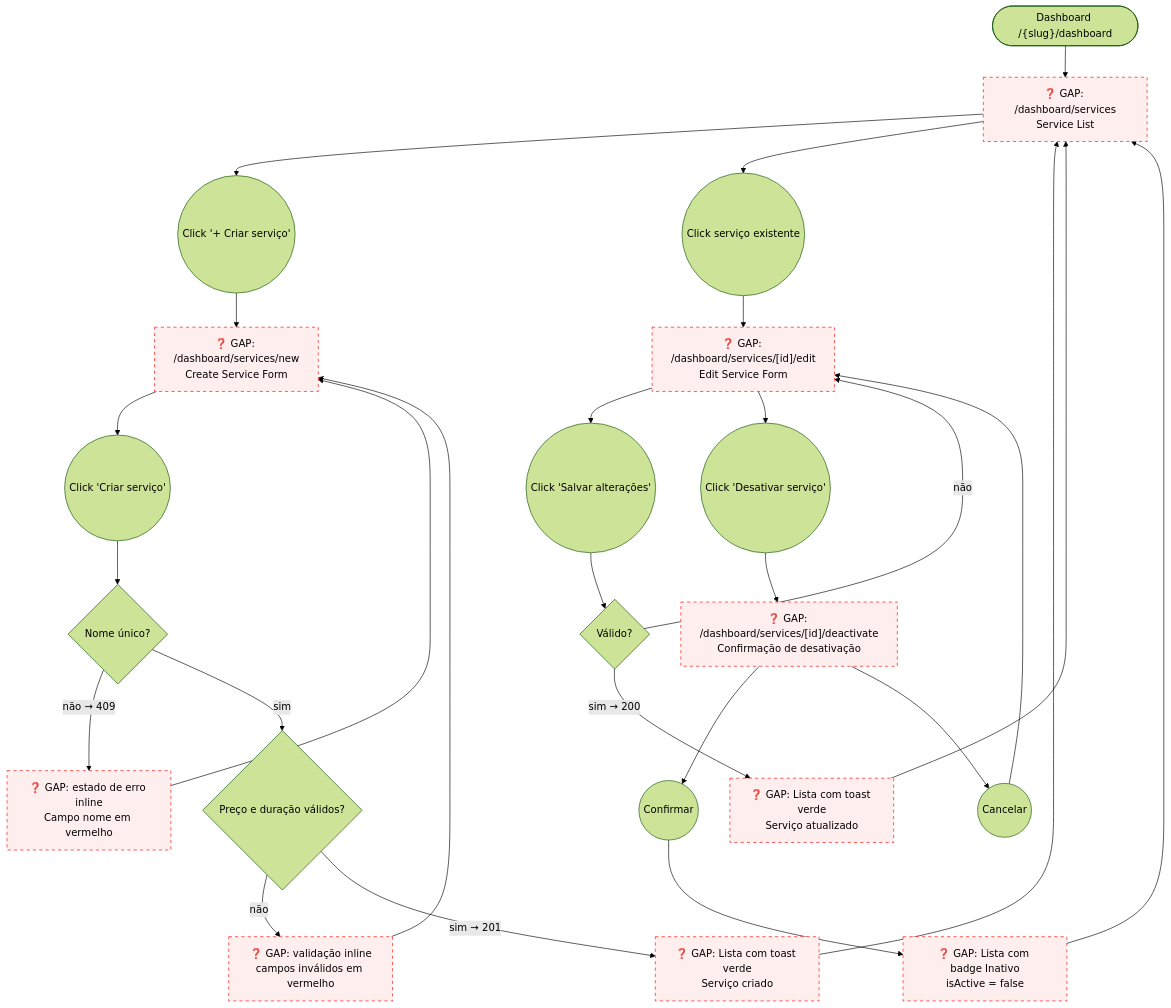
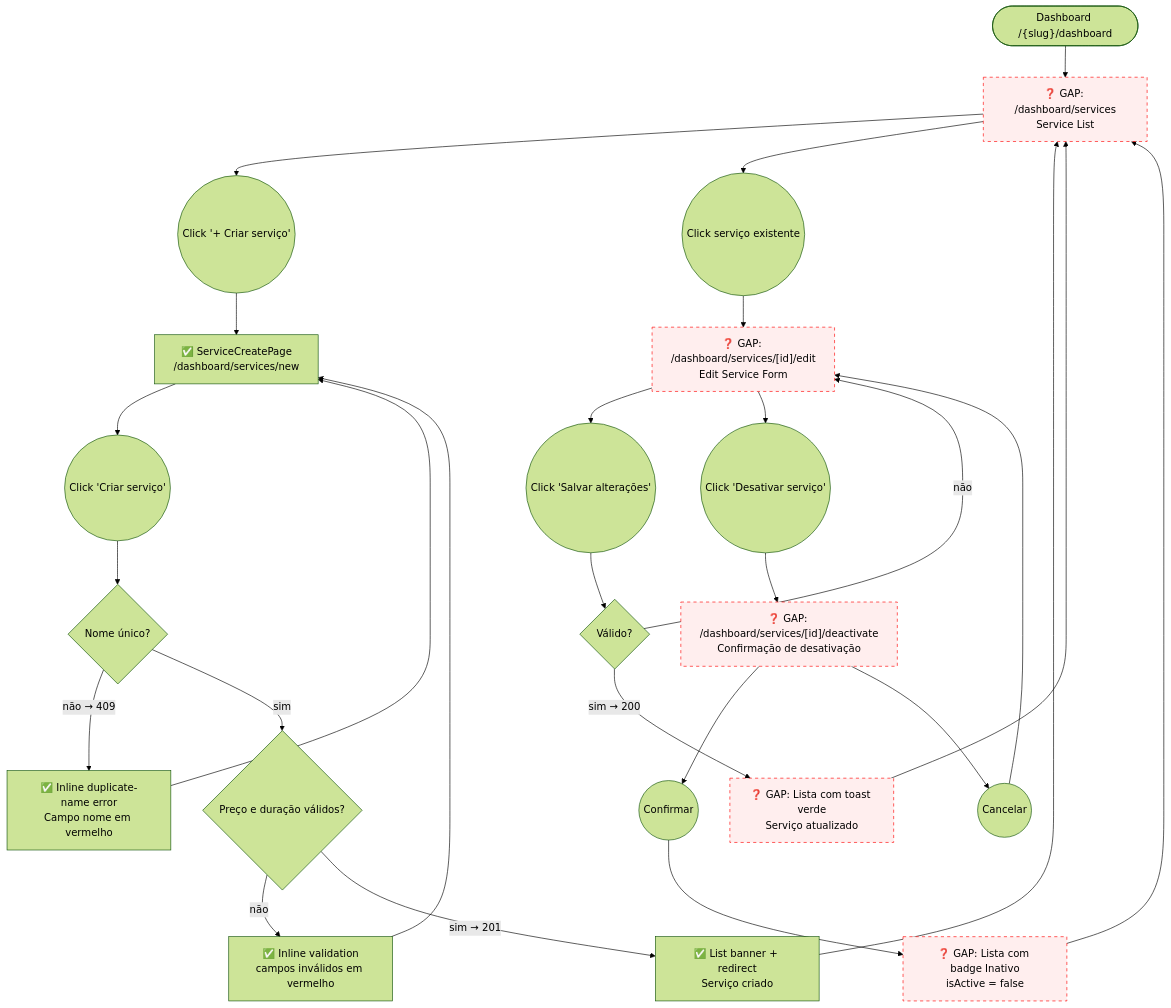
Before and after one commit to lmmoreira/ikaro: the diagram in plan/journey/staff/servicos.md, drawn with Mermaid (forest theme). The commit also changed other lines of this file and 59 other files, not shown here.

First line of the commit message:
feat(services): complete service CRUD workflow and e2e coverage (M13-S23) (#73)

````diff
--- a/plan/journey/staff/servicos.md
+++ b/plan/journey/staff/servicos.md
@@ -10,41 +10,41 @@
 ```mermaid
 flowchart TD
     classDef existing fill:#e6ffe6,stroke:#3a3
     classDef gap stroke:#f00,stroke-dasharray: 5 5,fill:#fee
 
     Start(["Dashboard /{slug}/dashboard"]) --> List["❓ GAP: /dashboard/services<br/>Service List"]
 
     List --> CreateBtn(("Click '+ Criar serviço'"))
     List --> EditClick(("Click serviço existente"))
 
     %% UC-012 — Create
-    CreateBtn --> CreateForm["❓ GAP: /dashboard/services/new<br/>Create Service Form"]
+    CreateBtn --> CreateForm["✅ ServiceCreatePage<br/>/dashboard/services/new"]
     CreateForm --> CreateSubmit(("Click 'Criar serviço'"))
     CreateSubmit --> NameCheck{"Nome único?"}
-    NameCheck -- "não → 409" --> NameError["❓ GAP: estado de erro inline<br/>Campo nome em vermelho"]
+    NameCheck -- "não → 409" --> NameError["✅ Inline duplicate-name error<br/>Campo nome em vermelho"]
     NameError --> CreateForm
     NameCheck -- "sim" --> PriceCheck{"Preço e duração válidos?"}
-    PriceCheck -- "não" --> ValError["❓ GAP: validação inline<br/>campos inválidos em vermelho"]
+    PriceCheck -- "não" --> ValError["✅ Inline validation<br/>campos inválidos em vermelho"]
     ValError --> CreateForm
-    PriceCheck -- "sim → 201" --> CreateSuccess["❓ GAP: Lista com toast verde<br/>Serviço criado"]
+    PriceCheck -- "sim → 201" --> CreateSuccess["✅ List banner + redirect<br/>Serviço criado"]
 
     %% UC-013 — Edit
     EditClick --> EditForm["❓ GAP: /dashboard/services/[id]/edit<br/>Edit Service Form"]
     EditForm --> EditSubmit(("Click 'Salvar alterações'"))
     EditSubmit --> EditCheck{"Válido?"}
     EditCheck -- "não" --> EditForm
     EditCheck -- "sim → 200" --> EditSuccess["❓ GAP: Lista com toast verde<br/>Serviço atualizado"]
 
     EditForm --> DeactivateBtn(("Click 'Desativar serviço'"))
     DeactivateBtn --> DeactivateConfirm["❓ GAP: /dashboard/services/[id]/deactivate<br/>Confirmação de desativação"]
     DeactivateConfirm --> ConfirmYes(("Confirmar"))
     DeactivateConfirm --> ConfirmNo(("Cancelar"))
     ConfirmYes --> DeactivateSuccess["❓ GAP: Lista com badge Inativo<br/>isActive = false"]
     ConfirmNo --> EditForm
 
     CreateSuccess --> List
     EditSuccess --> List
     DeactivateSuccess --> List
 
-    class List,CreateForm,EditForm,DeactivateConfirm,NameError,ValError,CreateSuccess,EditSuccess,DeactivateSuccess gap
+    class List,EditForm,DeactivateConfirm,EditSuccess,DeactivateSuccess gap
 ```
````
